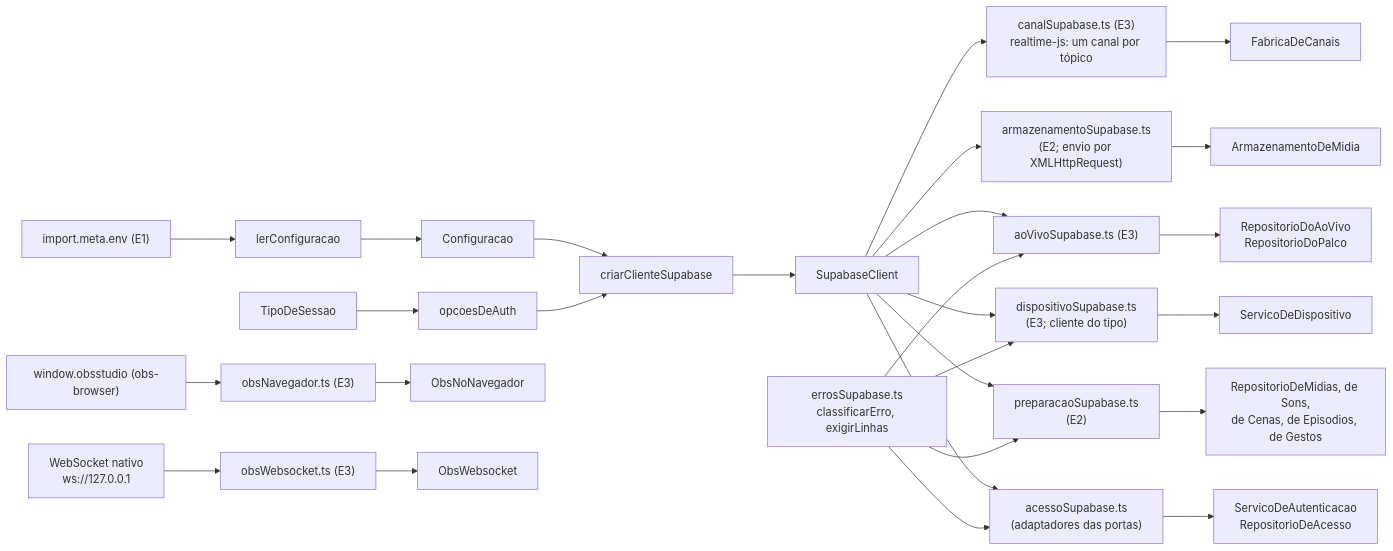
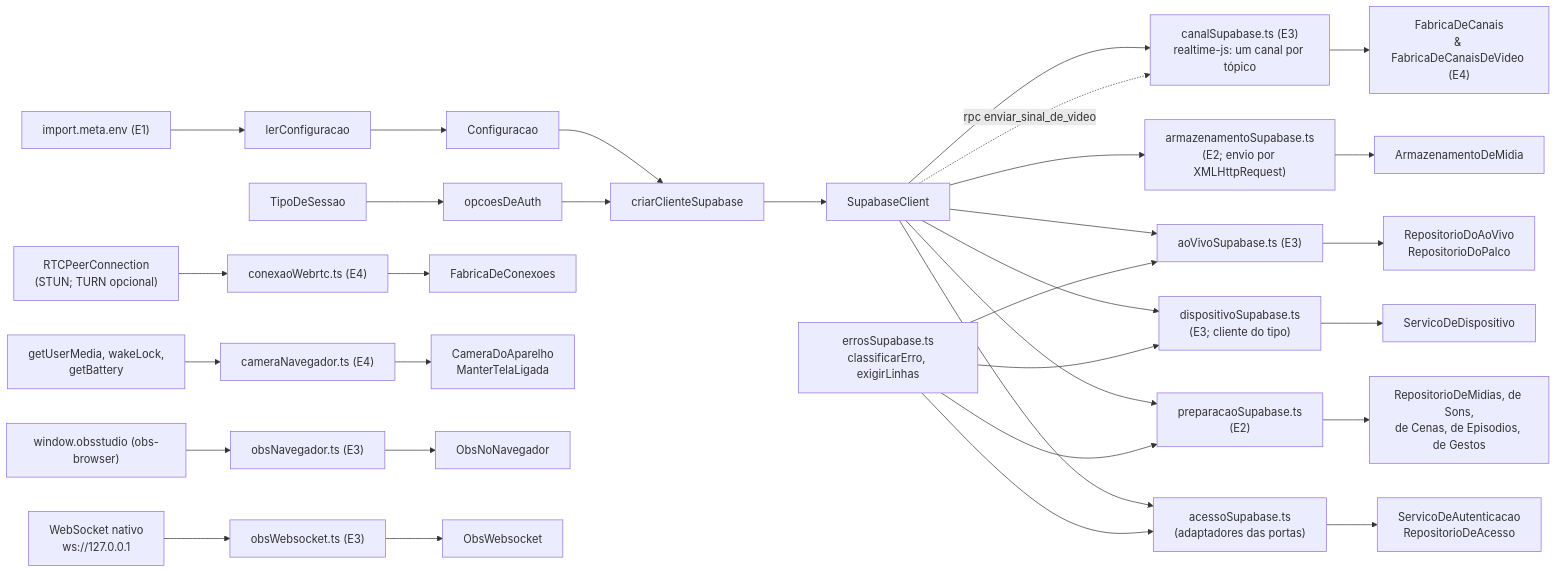
One commit to TokumoH/RevocastCameras changed the diagram in src/shared/infra/README.md. Above: the diagram before and after it, drawn with Mermaid. The commit also changed other lines of this file and 20 other files, not shown here.

First line of the commit message:
feat: E4 Tarefa 3 — adaptadores de vídeo, WebRTC, câmera e tela ligada (VER-051)

````diff
--- a/src/shared/infra/README.md
+++ b/src/shared/infra/README.md
@@ -138,29 +156,34 @@
 ```mermaid
 flowchart LR
     E["import.meta.env (E1)"] --> L[lerConfiguracao]
     L --> C[Configuracao]
     C --> K[criarClienteSupabase]
     T[TipoDeSessao] --> O[opcoesDeAuth]
     O --> K
     K --> S[SupabaseClient]
     S --> AS["acessoSupabase.ts<br/>(adaptadores das portas)"]
     AS --> P["ServicoDeAutenticacao<br/>RepositorioDeAcesso"]
     S --> PS["preparacaoSupabase.ts<br/>(E2)"]
     PS --> PR["RepositorioDeMidias, de Sons,<br/>de Cenas, de Episodios, de Gestos"]
     S --> AR["armazenamentoSupabase.ts<br/>(E2; envio por XMLHttpRequest)"]
     AR --> AM[ArmazenamentoDeMidia]
     ER["errosSupabase.ts<br/>classificarErro, exigirLinhas"] --> AS
     ER --> PS
     S --> DS["dispositivoSupabase.ts<br/>(E3; cliente do tipo)"]
     DS --> SD[ServicoDeDispositivo]
     S --> AVS["aoVivoSupabase.ts (E3)"]
     AVS --> RAV["RepositorioDoAoVivo<br/>RepositorioDoPalco"]
     S --> CS["canalSupabase.ts (E3)<br/>realtime-js: um canal por tópico"]
-    CS --> FC[FabricaDeCanais]
+    CS --> FC["FabricaDeCanais<br/>& FabricaDeCanaisDeVideo (E4)"]
+    S -. rpc enviar_sinal_de_video .-> CS
+    RTC["RTCPeerConnection<br/>(STUN; TURN opcional)"] --> CW["conexaoWebrtc.ts (E4)"]
+    CW --> FCX[FabricaDeConexoes]
+    NAV["getUserMedia, wakeLock,<br/>getBattery"] --> CN["cameraNavegador.ts (E4)"]
+    CN --> PCN["CameraDoAparelho<br/>ManterTelaLigada"]
     ER --> DS
     ER --> AVS
     W["window.obsstudio (obs-browser)"] --> ON["obsNavegador.ts (E3)"]
     ON --> PON[ObsNoNavegador]
     WS["WebSocket nativo<br/>ws://127.0.0.1"] --> OW["obsWebsocket.ts (E3)"]
     OW --> POW[ObsWebsocket]
 ```
````
